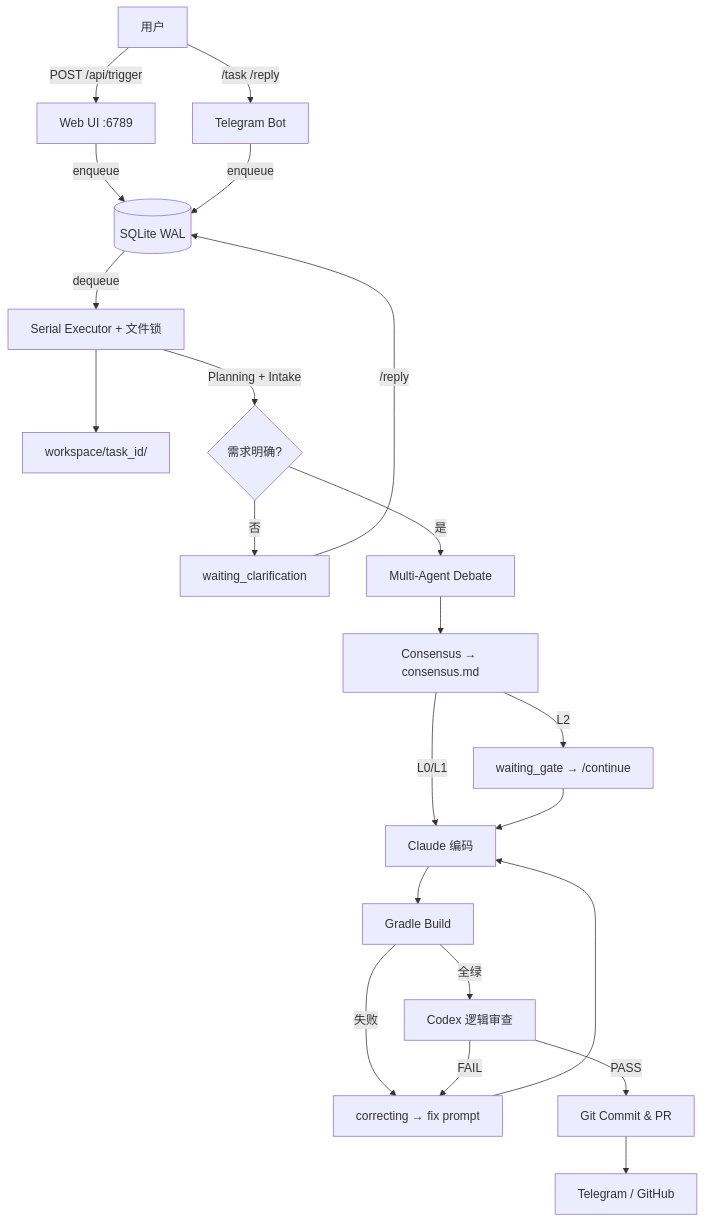
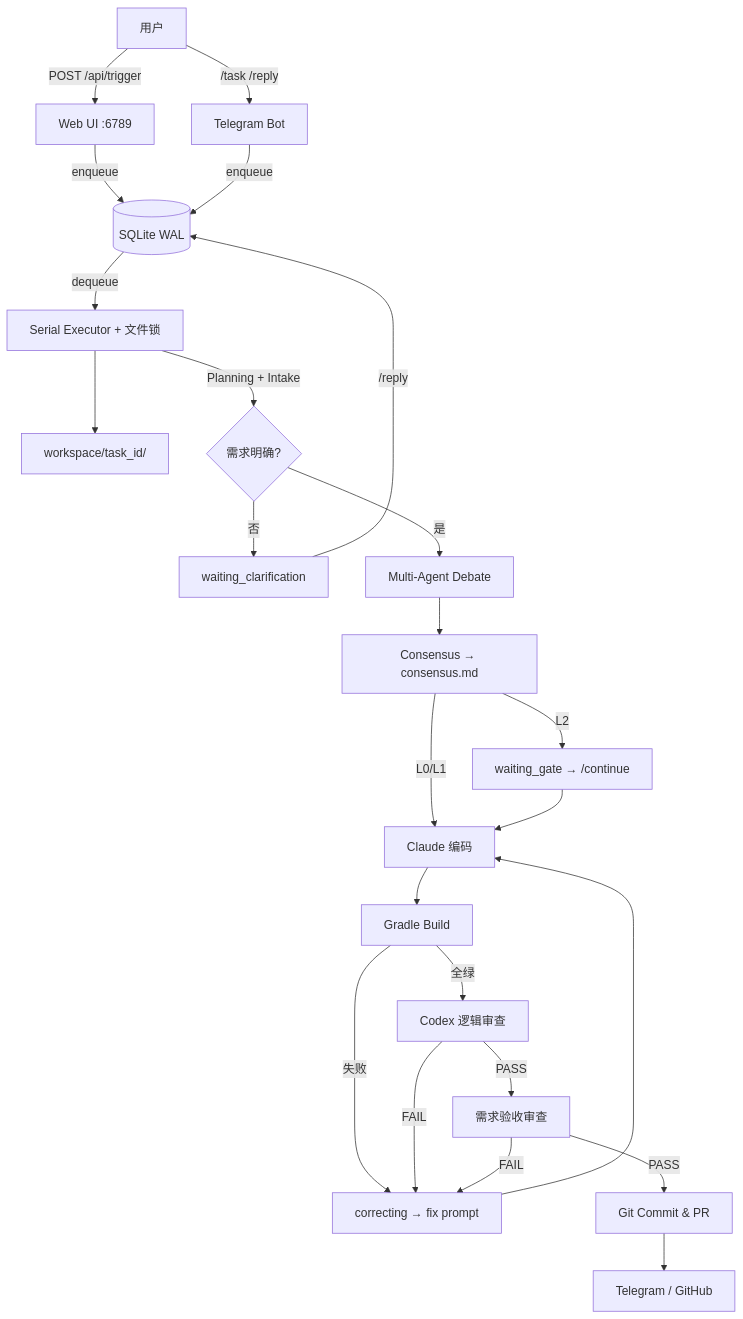
Before and after one commit to TurboSnails/AICodeAgent: the first of 2 diagrams in README.md, drawn with Mermaid. The commit also changed other lines of this file and 4 other files, not shown here.

````diff
--- a/README.md
+++ b/README.md
@@ -35,27 +35,29 @@
 ```mermaid
 graph TD
     A[用户] -->|POST /api/trigger| B[Web UI :6789]
     A -->|/task /reply| C[Telegram Bot]
     B -->|enqueue| D[(SQLite WAL)]
     C -->|enqueue| D
     D -->|dequeue| E[Serial Executor + 文件锁]
     E --> F[workspace/task_id/]
 
     E -->|Planning + Intake| G{需求明确?}
     G -->|否| H[waiting_clarification]
     H -->|/reply| D
     G -->|是| I[Multi-Agent Debate]
     I --> J[Consensus → consensus.md]
     J -->|L2| K[waiting_gate → /continue]
     J -->|L0/L1| L[Claude 编码]
     K --> L
 
     L --> M[Gradle Build]
     M -->|失败| N[correcting → fix prompt]
     N --> L
     M -->|全绿| O[Codex 逻辑审查]
     O -->|FAIL| N
-    O -->|PASS| P[Git Commit & PR]
+    O -->|PASS| O2[需求验收审查]
+    O2 -->|FAIL| N
+    O2 -->|PASS| P[Git Commit & PR]
 
     P --> Q[Telegram / GitHub]
 ```
````
